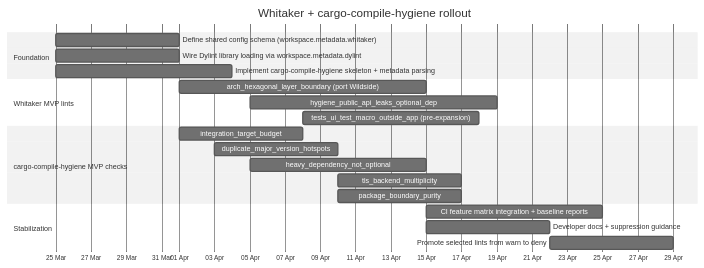
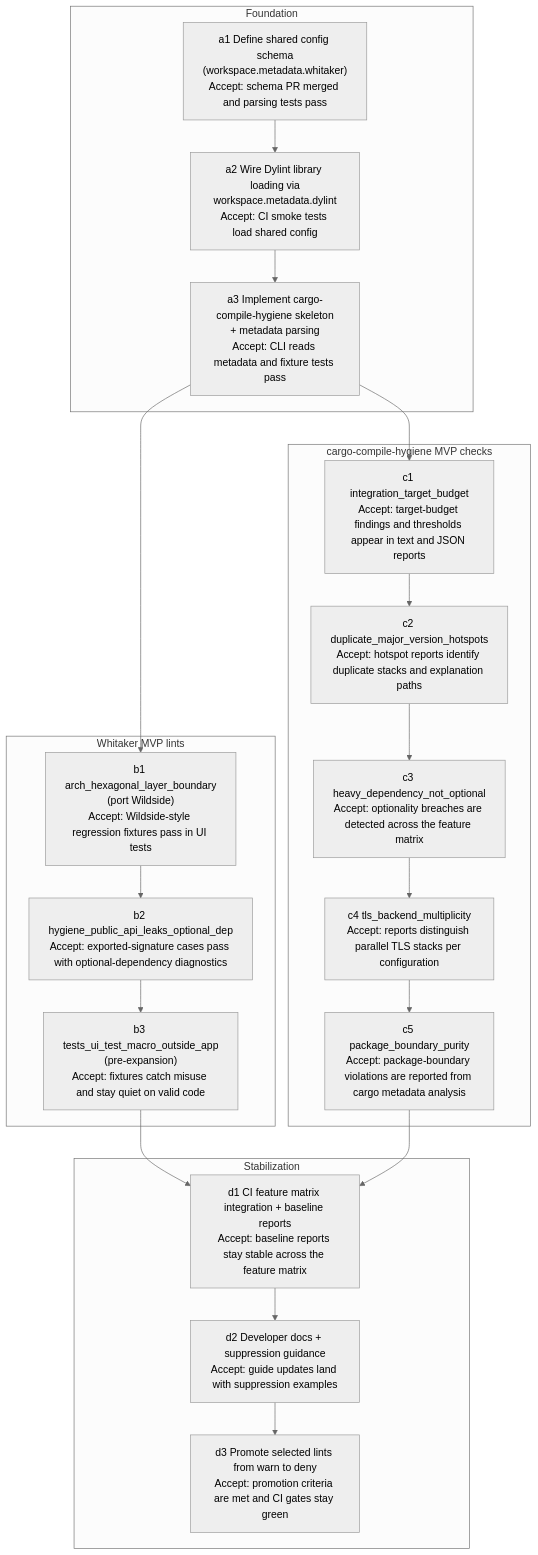
One commit to leynos/whitaker changed the second of 2 diagrams in docs/whitaker-and-cargo-compile-hygiene-technical-design.md. Above: the diagram before and after it, drawn with Mermaid (neutral theme). The commit also changed other lines of this file and 3 other files, not shown here.

````diff
--- a/docs/whitaker-and-cargo-compile-hygiene-technical-design.md
+++ b/docs/whitaker-and-cargo-compile-hygiene-technical-design.md
@@ -1108,28 +1125,37 @@
 ```mermaid
-gantt
-  title Whitaker + cargo-compile-hygiene rollout
-  dateFormat  YYYY-MM-DD
-  axisFormat  %d %b
+flowchart TB
+  subgraph Foundation
+    a1["a1 Define shared config schema\n(workspace.metadata.whitaker)\nAccept: schema PR merged and parsing tests pass"]
+    a2["a2 Wire Dylint library loading via\nworkspace.metadata.dylint\nAccept: CI smoke tests load shared config"]
+    a3["a3 Implement cargo-compile-hygiene skeleton\n+ metadata parsing\nAccept: CLI reads metadata and fixture tests pass"]
+    a1 --> a2 --> a3
+  end
 
-  section Foundation
-  Define shared config schema (workspace.metadata.whitaker) :a1, 2026-03-25, 7d
-  Wire Dylint library loading via workspace.metadata.dylint :a2, 2026-03-25, 7d
-  Implement cargo-compile-hygiene skeleton + metadata parsing :a3, 2026-03-25, 10d
+  subgraph "Whitaker MVP lints"
+    b1["b1 arch_hexagonal_layer_boundary\n(port Wildside)\nAccept: Wildside-style regression fixtures pass in UI tests"]
+    b2["b2 hygiene_public_api_leaks_optional_dep\nAccept: exported-signature cases pass with optional-dependency diagnostics"]
+    b3["b3 tests_ui_test_macro_outside_app\n(pre-expansion)\nAccept: fixtures catch misuse and stay quiet on valid code"]
+    b1 --> b2 --> b3
+  end
 
-  section Whitaker MVP lints
-  arch_hexagonal_layer_boundary (port Wildside) :b1, 2026-04-01, 14d
-  hygiene_public_api_leaks_optional_dep :b2, 2026-04-05, 14d
-  tests_ui_test_macro_outside_app (pre-expansion) :b3, 2026-04-08, 10d
+  subgraph "cargo-compile-hygiene MVP checks"
+    c1["c1 integration_target_budget\nAccept: target-budget findings and thresholds appear in text and JSON reports"]
+    c2["c2 duplicate_major_version_hotspots\nAccept: hotspot reports identify duplicate stacks and explanation paths"]
+    c3["c3 heavy_dependency_not_optional\nAccept: optionality breaches are detected across the feature matrix"]
+    c4["c4 tls_backend_multiplicity\nAccept: reports distinguish parallel TLS stacks per configuration"]
+    c5["c5 package_boundary_purity\nAccept: package-boundary violations are reported from cargo metadata analysis"]
+    c1 --> c2 --> c3 --> c4 --> c5
+  end
 
-  section cargo-compile-hygiene MVP checks
-  integration_target_budget :c1, 2026-04-01, 7d
-  duplicate_major_version_hotspots :c2, 2026-04-03, 7d
-  heavy_dependency_not_optional :c3, 2026-04-05, 10d
-  tls_backend_multiplicity :c4, 2026-04-10, 7d
-  package_boundary_purity :c5, 2026-04-10, 7d
+  subgraph Stabilization
+    d1["d1 CI feature matrix integration + baseline reports\nAccept: baseline reports stay stable across the feature matrix"]
+    d2["d2 Developer docs + suppression guidance\nAccept: guide updates land with suppression examples"]
+    d3["d3 Promote selected lints from warn to deny\nAccept: promotion criteria are met and CI gates stay green"]
+    d1 --> d2 --> d3
+  end
 
-  section Stabilization
-  CI feature matrix integration + baseline reports :d1, 2026-04-15, 10d
-  Developer docs + suppression guidance :d2, 2026-04-15, 7d
-  Promote selected lints from warn to deny :d3, 2026-04-22, 7d
+  a3 --> b1
+  a3 --> c1
+  b3 --> d1
+  c5 --> d1
 ```
````
